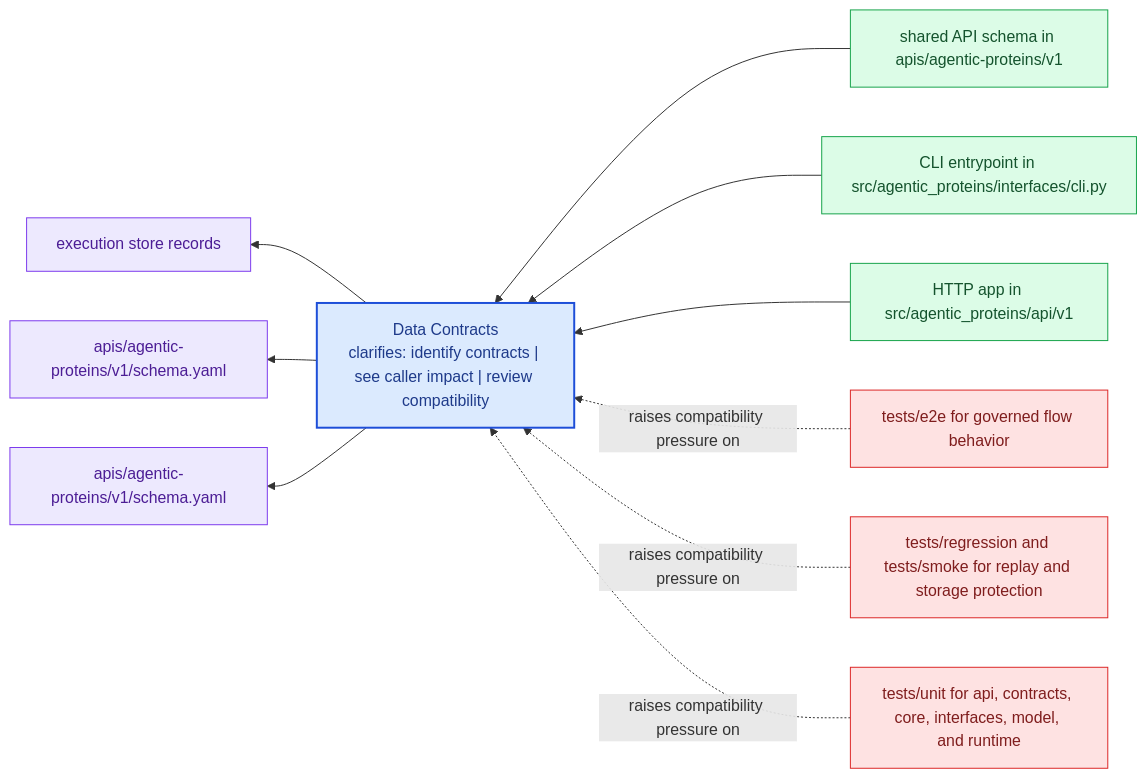
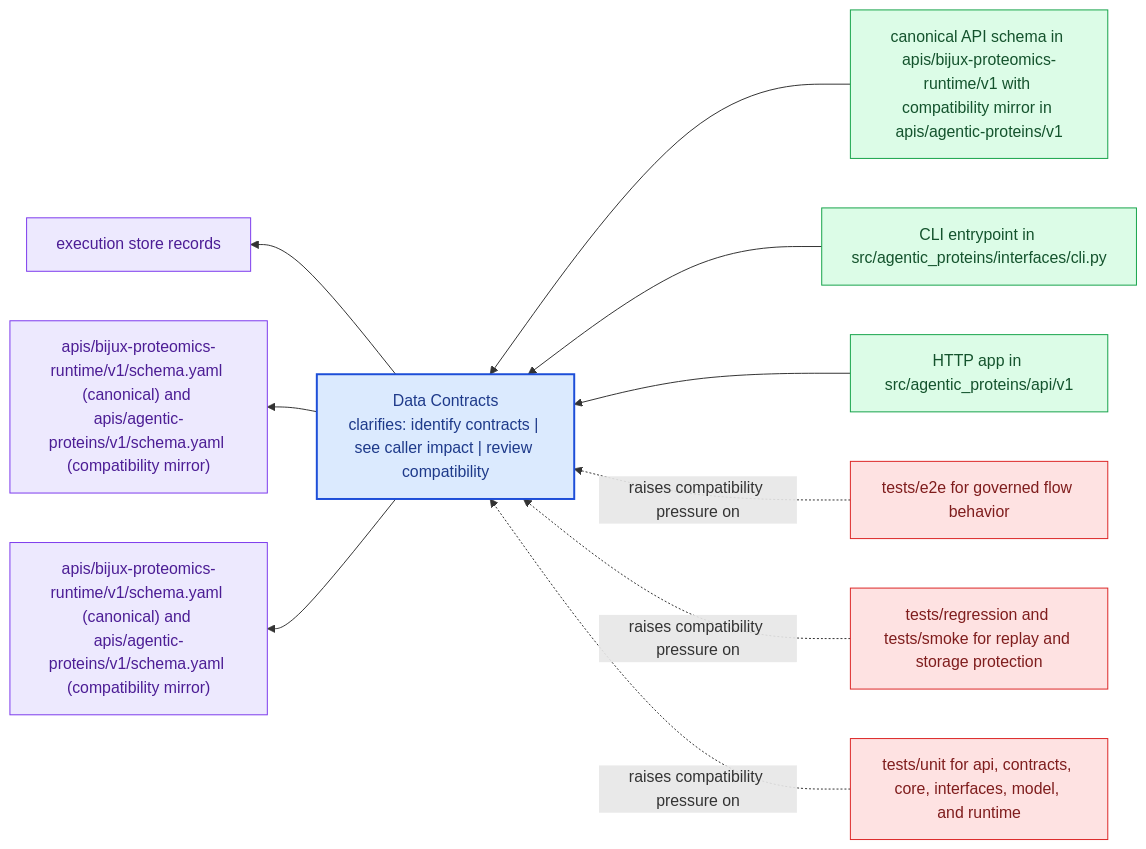
The diagram in docs/02-agentic-proteins/interfaces/data-contracts.md (bijux/bijux-proteomics), drawn with Mermaid before and after one commit. The commit also changed other lines of this file and 9 other files, not shown here.

Commit message:
docs(compat-interfaces): point api contract references to canonical runtime root

````diff
--- a/docs/02-agentic-proteins/interfaces/data-contracts.md
+++ b/docs/02-agentic-proteins/interfaces/data-contracts.md
@@ -23,31 +23,31 @@
 ```mermaid
 flowchart RL
     page["Data Contracts<br/>clarifies: identify contracts | see caller impact | review compatibility"]
     classDef page fill:#dbeafe,stroke:#1d4ed8,color:#1e3a8a,stroke-width:2px;
     classDef positive fill:#dcfce7,stroke:#16a34a,color:#14532d;
     classDef caution fill:#fee2e2,stroke:#dc2626,color:#7f1d1d;
     classDef anchor fill:#ede9fe,stroke:#7c3aed,color:#4c1d95;
     classDef action fill:#fef3c7,stroke:#d97706,color:#7c2d12;
-    surface1["shared API schema in apis/agentic-proteins/v1"]
+    surface1["canonical API schema in apis/bijux-proteomics-runtime/v1 with compatibility mirror in apis/agentic-proteins/v1"]
     surface1 --> page
     surface2["CLI entrypoint in src/agentic_proteins/interfaces/cli.py"]
     surface2 --> page
     surface3["HTTP app in src/agentic_proteins/api/v1"]
     surface3 --> page
     proof1["execution store records"]
     page --> proof1
-    proof2["apis/agentic-proteins/v1/schema.yaml"]
+    proof2["apis/bijux-proteomics-runtime/v1/schema.yaml (canonical) and apis/agentic-proteins/v1/schema.yaml (compatibility mirror)"]
     page --> proof2
-    proof3["apis/agentic-proteins/v1/schema.yaml"]
+    proof3["apis/bijux-proteomics-runtime/v1/schema.yaml (canonical) and apis/agentic-proteins/v1/schema.yaml (compatibility mirror)"]
     page --> proof3
     review1["tests/e2e for governed flow behavior"]
     review1 -.raises compatibility pressure on.-> page
     review2["tests/regression and tests/smoke for replay and storage protection"]
     review2 -.raises compatibility pressure on.-> page
     review3["tests/unit for api, contracts, core, interfaces, model, and runtime"]
     review3 -.raises compatibility pressure on.-> page
     class page page;
     class surface1,surface2,surface3 positive;
     class proof1,proof2,proof3 anchor;
     class review1,review2,review3 caution;
 ```
````
